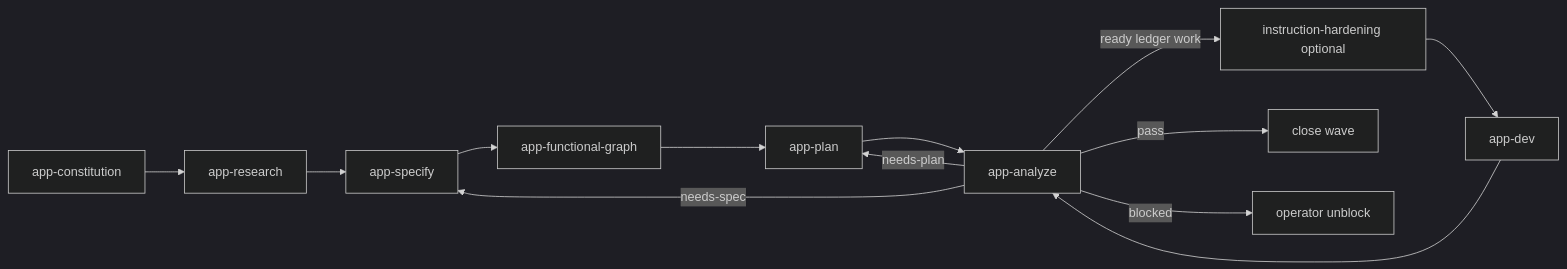
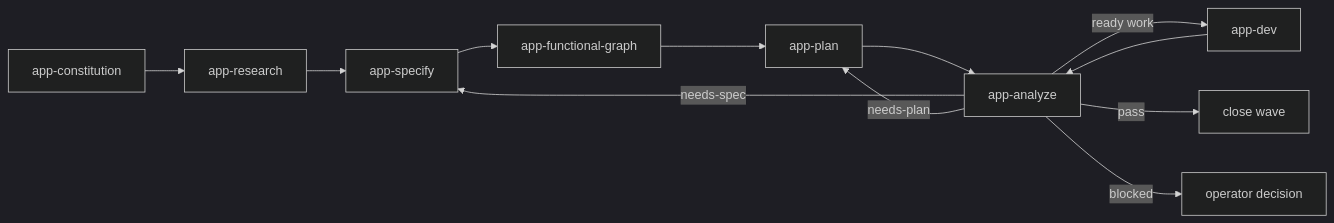
Before and after one commit to BearsCLOUD/bears-app-based-workflow: the diagram in SPEC.md, drawn with Mermaid (dark theme). The commit also changed other lines of this file and 78 other files, not shown here.

````diff
--- a/SPEC.md
+++ b/SPEC.md
@@ -19,15 +26,14 @@
 ```mermaid
 flowchart LR
   C["app-constitution"] --> R["app-research"]
   R --> S["app-specify"]
   S --> G["app-functional-graph"]
   G --> P["app-plan"]
   P --> A["app-analyze"]
-  A -->|needs-spec| S
-  A -->|needs-plan| P
-  A -->|ready ledger work| H["instruction-hardening optional"]
-  H --> D["app-dev"]
+  A -->|"needs-spec"| S
+  A -->|"needs-plan"| P
+  A -->|"ready work"| D["app-dev"]
   D --> A
-  A -->|pass| X["close wave"]
-  A -->|blocked| B["operator unblock"]
+  A -->|"pass"| X["close wave"]
+  A -->|"blocked"| B["operator decision"]
 ```
````
